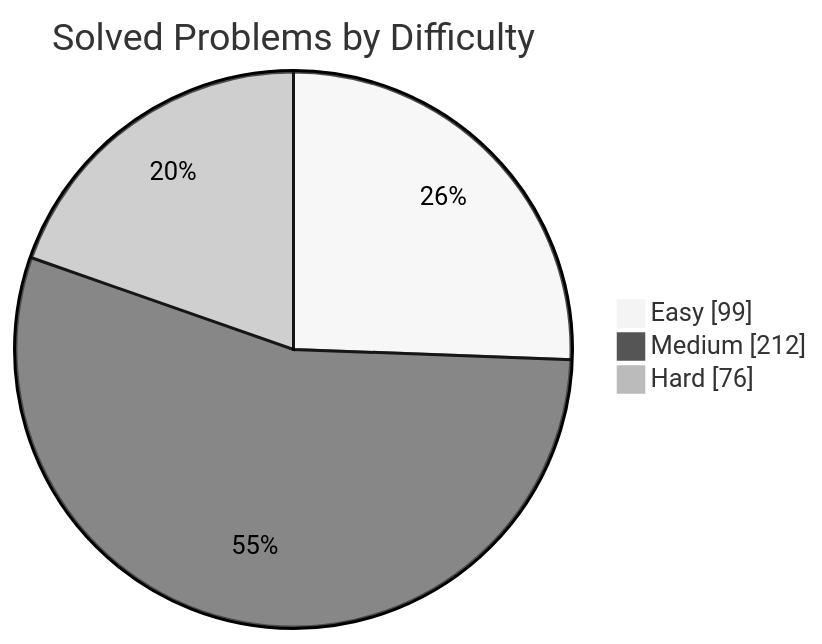
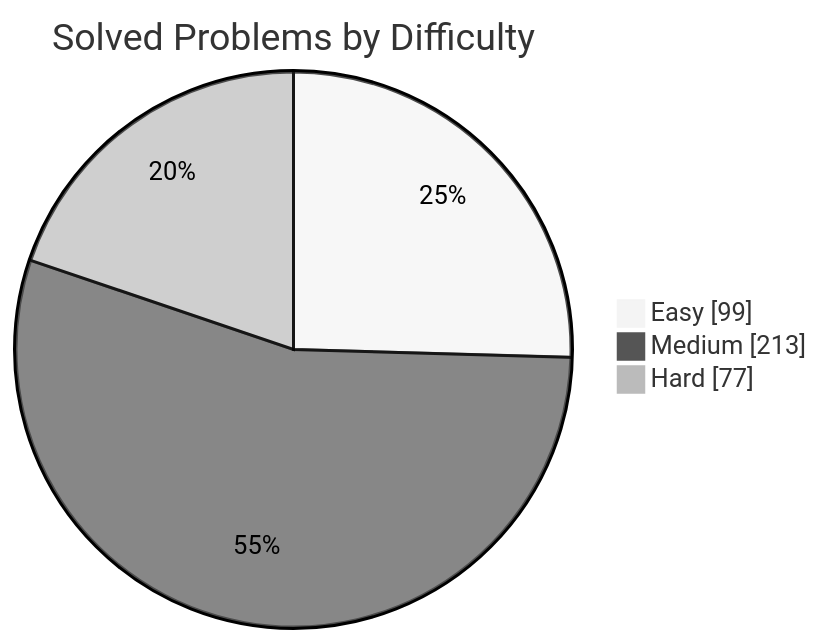
One commit to manikantbindass/DSA-Preparation-FAANG changed the first of 2 diagrams in README.md. Above: the diagram before and after it, drawn with Mermaid (neutral theme). The commit also changed other lines of this file and 1 other file, not shown here.

````diff
--- a/README.md
+++ b/README.md
@@ -77,7 +77,7 @@
 ```mermaid
 pie showData
     title Solved Problems by Difficulty
     "Easy" : 99
-    "Medium" : 212
-    "Hard" : 76
+    "Medium" : 213
+    "Hard" : 77
 ```
````
